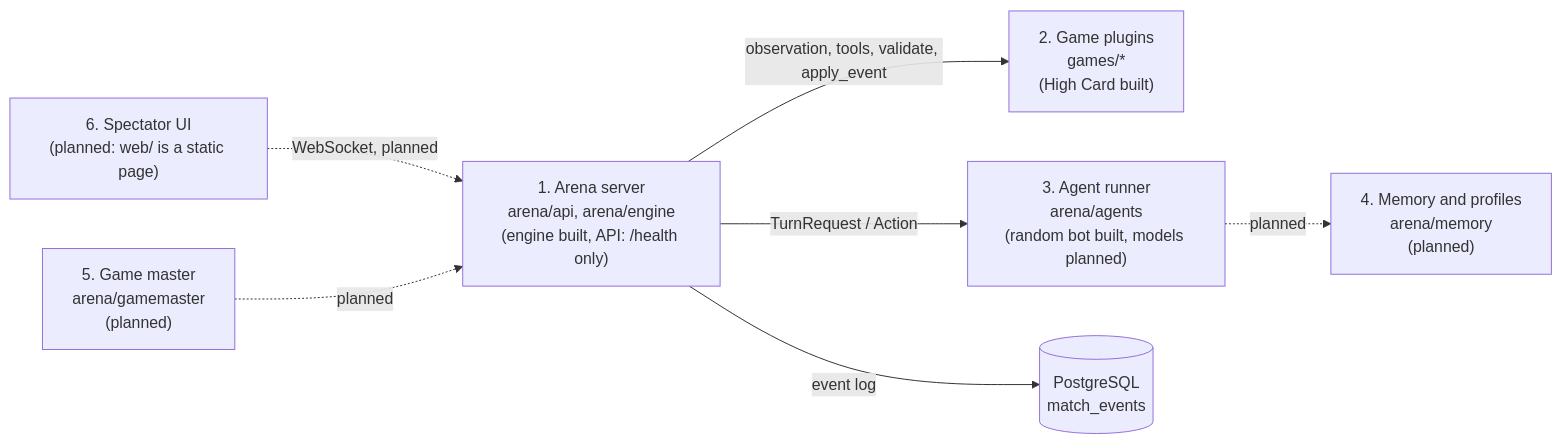
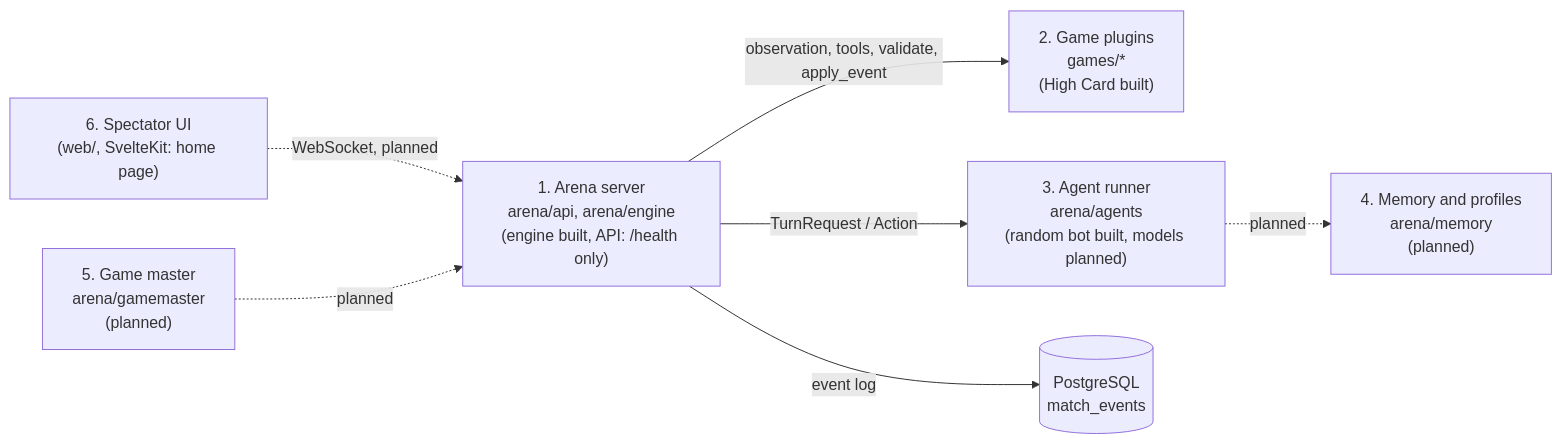
The first of 2 diagrams in docs/ARCHITECTURE.md (NwebNotFound/aigameversus), drawn with Mermaid before and after one commit. The commit also changed other lines of this file and 37 other files, not shown here.

First line of the commit message:
feat(web): SvelteKit shell with home page, nav and typed API client (step 5.1)

````diff
--- a/docs/ARCHITECTURE.md
+++ b/docs/ARCHITECTURE.md
@@ -8,16 +8,16 @@
 ```mermaid
 flowchart LR
-    UI["6. Spectator UI<br/>(planned: web/ is a static page)"]
+    UI["6. Spectator UI<br/>(web/, SvelteKit: home page)"]
     SRV["1. Arena server<br/>arena/api, arena/engine<br/>(engine built, API: /health only)"]
     PLG["2. Game plugins<br/>games/*<br/>(High Card built)"]
     AGT["3. Agent runner<br/>arena/agents<br/>(random bot built, models planned)"]
     MEM["4. Memory and profiles<br/>arena/memory<br/>(planned)"]
     GM["5. Game master<br/>arena/gamemaster<br/>(planned)"]
     DB[("PostgreSQL<br/>match_events")]
     UI -. "WebSocket, planned" .-> SRV
     SRV -->|"observation, tools, validate, apply_event"| PLG
     SRV -->|"TurnRequest / Action"| AGT
     AGT -. "planned" .-> MEM
     GM -. "planned" .-> SRV
     SRV -->|"event log"| DB
 ```
````
